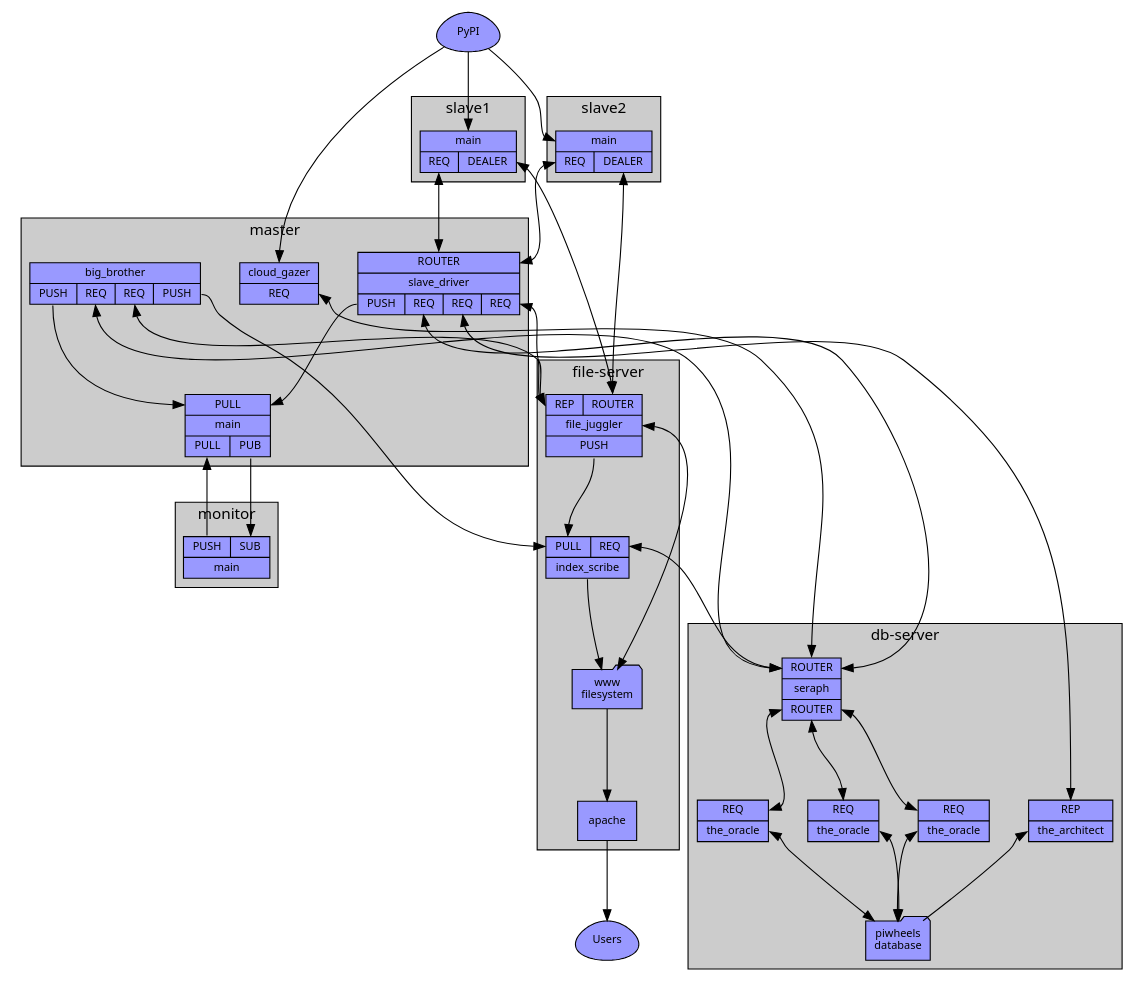
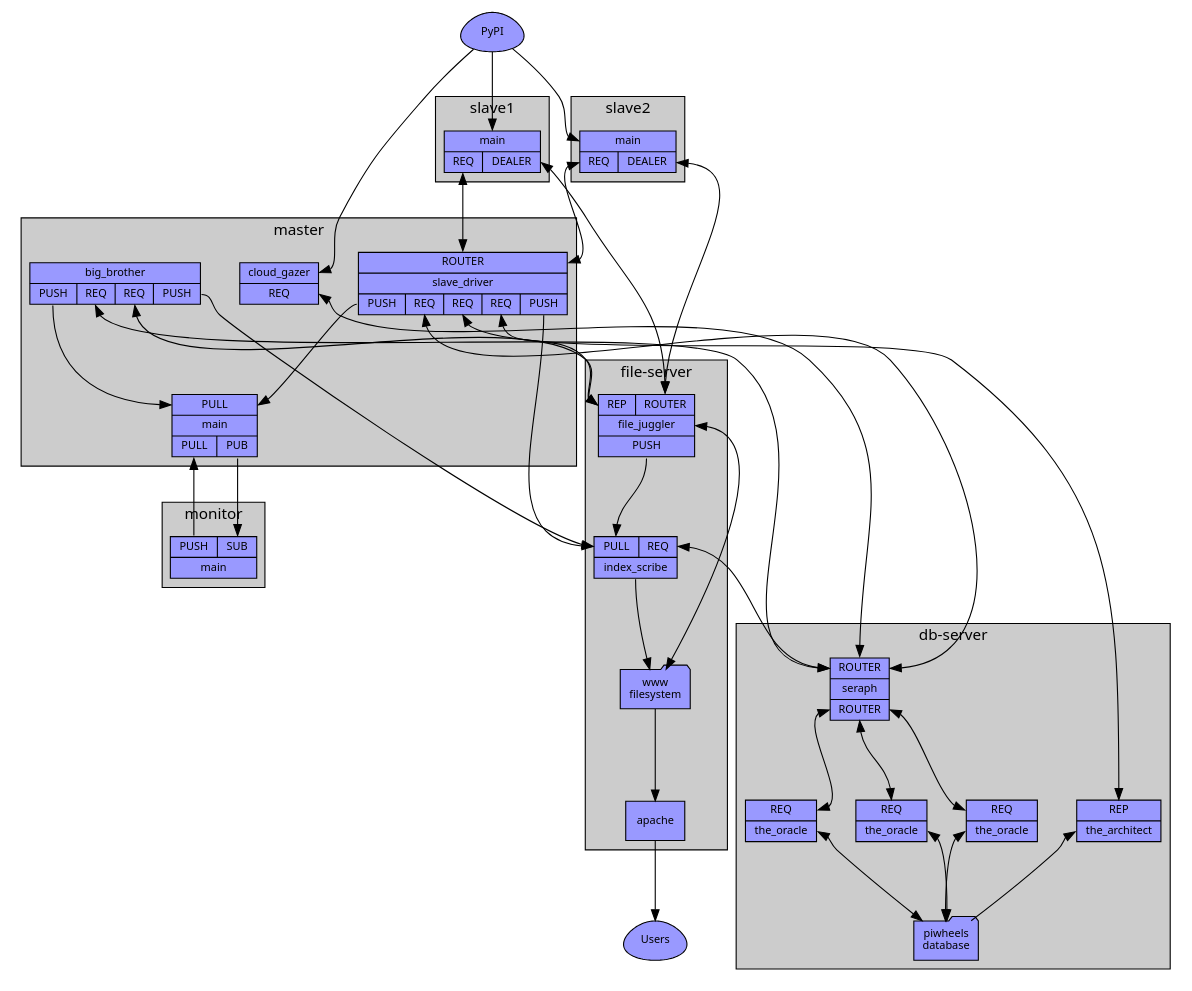
Before and after one commit to piwheels/piwheels: the diagram in docs/master_arch.dot, drawn with Graphviz. The commit also changed 1 other file, not shown here.

```diff
--- a/docs/master_arch.dot
+++ b/docs/master_arch.dot
@@ -1,88 +1,89 @@
 digraph piwheels {
     graph [nodesep=0.5, ranksep=1, style=filled, fontname=Sans, fontsize=14, fillcolor="#cccccc"];
     node [shape=record, fontname=Sans, fontsize=10, style=filled, fillcolor="#9999ff", penwidth=1];
     edge [fontname=Sans, fontsize=8];
 
     pypi [label="PyPI", shape=egg];
     users [label="Users", shape=egg];
 
     subgraph cluster_db_server {
         graph [label="db-server"];
 
         the_oracle1 [label="{<seraph>REQ|<t>the_oracle}"];
         the_oracle2 [label="{<seraph>REQ|<t>the_oracle}"];
         the_oracle3 [label="{<seraph>REQ|<t>the_oracle}"];
         the_architect [label="{<builds>REP|<t>the_architect}"];
         seraph [label="{<db>ROUTER|<t>seraph|<oracle>ROUTER}"];
         db [label="piwheels\ndatabase", shape=folder];
 
         seraph:oracle->the_oracle1:seraph [dir=both];
         seraph:oracle->the_oracle2:seraph [dir=both];
         seraph:oracle->the_oracle3:seraph [dir=both];
         the_oracle1:t->db [dir=both];
         the_oracle2:t->db [dir=both];
         the_oracle3:t->db [dir=both];
         the_architect:t->db [dir=back];
     }
 
     subgraph cluster_file_server {
         graph [label="file-server"];
 
         file_juggler [label="{{<fs>REP|<slaves>ROUTER}|<t>file_juggler|{<indexes>PUSH}}"];
         index_scribe [label="{{<indexes>PULL|<db>REQ}|<t>index_scribe}"];
         fs [label="www\nfilesystem", shape=folder];
         apache;
 
         index_scribe:t->fs;
         file_juggler:t->fs [dir=both];
         fs->apache;
     }
 
     subgraph cluster_master {
         graph [label="master"];
 
         cloud_gazer [label="{<t>cloud_gazer|<db>REQ}"];
         main [label="{{<int_status>PULL}|main|{<control>PULL|<ext_status>PUB}}"];
         big_brother [label="{<t>big_brother|{<int_status>PUSH|<db>REQ|<fs>REQ|<indexes>PUSH}}"];
-        slave_driver [label="{{<slaves>ROUTER}|<t>slave_driver|{<int_status>PUSH|<db>REQ|<builds>REQ|<fs>REQ}}"];
+        slave_driver [label="{{<slaves>ROUTER}|<t>slave_driver|{<int_status>PUSH|<db>REQ|<builds>REQ|<fs>REQ|<indexes>PUSH}}"];
 
         big_brother:int_status->main:int_status;
         slave_driver:int_status->main:int_status;
     }
 
     subgraph cluster_monitor {
         graph [label="monitor"];
         monitor [label="{{<control>PUSH|<status>SUB}|<t>main}"];
     }
 
     subgraph cluster_slave1 {
         graph [label="slave1"];
         slave1 [label="{<t>main|{<builds>REQ|<files>DEALER}}"];
     }
 
     subgraph cluster_slave2 {
         graph [label="slave2"];
         slave2 [label="{<t>main|{<builds>REQ|<files>DEALER}}"];
     }
 
     pypi->cloud_gazer:t;
     pypi->slave1:t;
     pypi->slave2:t;
     slave1:builds->slave_driver:slaves [dir=both];
     slave2:builds->slave_driver:slaves [dir=both];
     slave1:files->file_juggler:slaves [dir=both];
     slave2:files->file_juggler:slaves [dir=both];
     main:ext_status->monitor:status;
     monitor:control->main:control;
 
     cloud_gazer:db->seraph:db [dir=both];
     file_juggler:indexes->index_scribe:indexes;
     big_brother:indexes->index_scribe:indexes;
+    slave_driver:indexes->index_scribe:indexes;
     index_scribe:db->seraph:db [dir=both];
     big_brother:db->seraph:db [dir=both];
     big_brother:fs->file_juggler:fs [dir=both];
     slave_driver:fs->file_juggler:fs [dir=both];
     slave_driver:db->seraph:db [dir=both];
     slave_driver:builds->the_architect:builds [dir=both];
     apache->users;
 }
```
